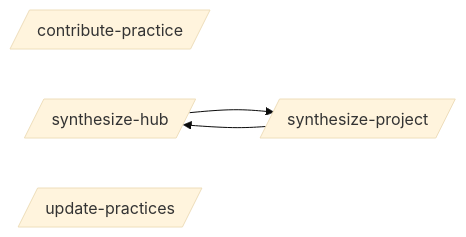
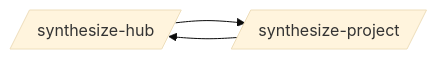
One commit to abhayla/claude-best-practices changed the first of 2 diagrams in docs/workflows/hub-sync.md. Above: the diagram before and after it, drawn with Mermaid (base theme). The commit also changed other lines of this file and 23 other files, not shown here.

````diff
--- a/docs/workflows/hub-sync.md
+++ b/docs/workflows/hub-sync.md
@@ -9,9 +11,7 @@
 ```mermaid
 graph LR
-    contribute_practice[/contribute-practice/]
     synthesize_hub[/synthesize-hub/]
     synthesize_project[/synthesize-project/]
-    update_practices[/update-practices/]
     synthesize_project --> synthesize_hub
     synthesize_hub --> synthesize_project
 ```
````
